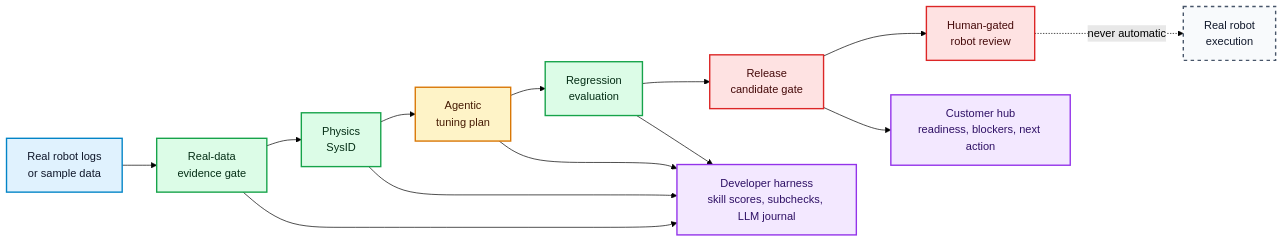
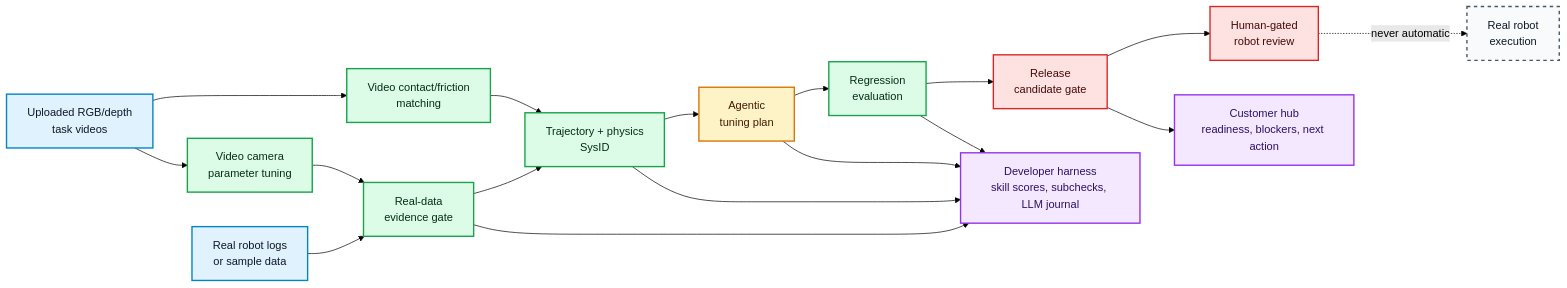
One commit to recscores007/agentic_sim2real changed the diagram in README.md. Above: the diagram before and after it, drawn with Mermaid (forest theme). The commit also changed other lines of this file and 23 other files, not shown here.

Commit message:
Add video evidence tuning pipeline

````diff
--- a/README.md
+++ b/README.md
@@ -11,31 +11,35 @@
 ```mermaid
 flowchart LR
   Data["Real robot logs<br/>or sample data"] --> Evidence["Real-data<br/>evidence gate"]
-  Evidence --> SysID["Physics<br/>SysID"]
+  Video["Uploaded RGB/depth<br/>task videos"] --> Camera["Video camera<br/>parameter tuning"]
+  Video --> Friction["Video contact/friction<br/>matching"]
+  Camera --> Evidence
+  Evidence --> SysID["Trajectory + physics<br/>SysID"]
+  Friction --> SysID
   SysID --> Plan["Agentic<br/>tuning plan"]
   Plan --> Regression["Regression<br/>evaluation"]
   Regression --> Release["Release<br/>candidate gate"]
   Release --> Hardware["Human-gated<br/>robot review"]
 
   Release --> Customer["Customer hub<br/>readiness, blockers, next action"]
   Evidence --> Developer["Developer harness<br/>skill scores, subchecks, LLM journal"]
   SysID --> Developer
   Plan --> Developer
   Regression --> Developer
 
   Hardware -. "never automatic" .-> Robot["Real robot<br/>execution"]
 
   classDef input fill:#e0f2fe,stroke:#0284c7,color:#0f172a,stroke-width:2px
   classDef evidence fill:#dcfce7,stroke:#16a34a,color:#052e16,stroke-width:2px
   classDef agent fill:#fef3c7,stroke:#d97706,color:#451a03,stroke-width:2px
   classDef gate fill:#fee2e2,stroke:#dc2626,color:#450a0a,stroke-width:2px
   classDef review fill:#f3e8ff,stroke:#9333ea,color:#2e1065,stroke-width:2px
   classDef robot fill:#f8fafc,stroke:#475569,color:#0f172a,stroke-width:2px,stroke-dasharray: 5 5
 
-  class Data input
-  class Evidence,SysID,Regression evidence
+  class Data,Video input
+  class Evidence,Camera,Friction,SysID,Regression evidence
   class Plan agent
   class Release,Hardware gate
   class Customer,Developer review
   class Robot robot
 ```
````
